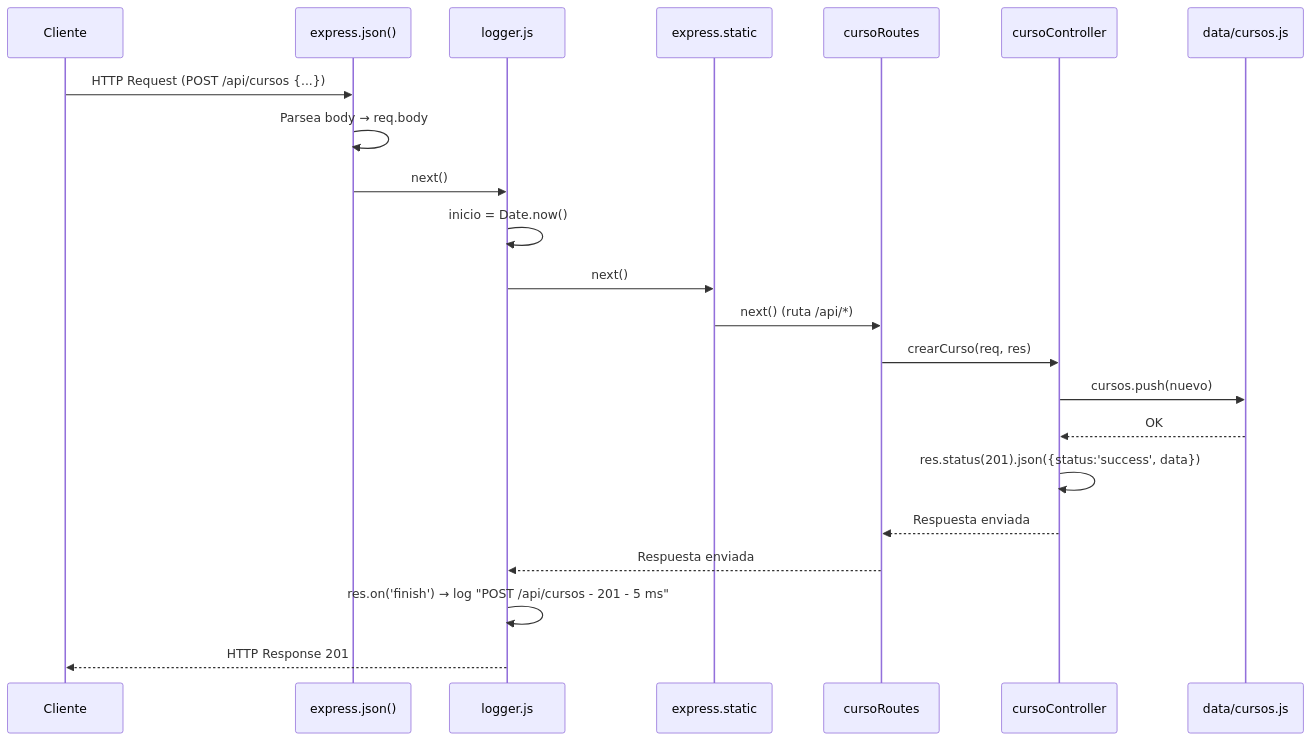
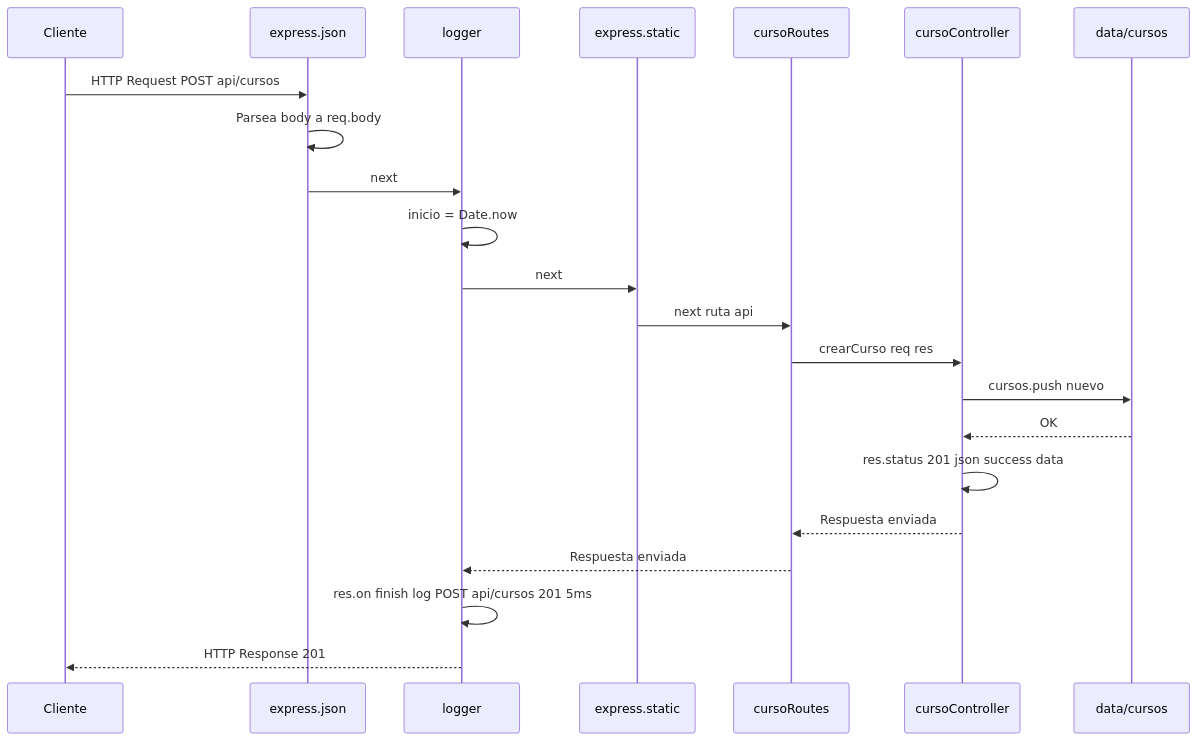
One commit to camiloSis/Programacion-Web-Systems changed the second of 11 diagrams in Lab06VersionIndividual/lab06-api-cursos/flujo.md. Above: the diagram before and after it, drawn with Mermaid. The commit also changed other lines of this file, not shown here.

````diff
--- a/Lab06VersionIndividual/lab06-api-cursos/flujo.md
+++ b/Lab06VersionIndividual/lab06-api-cursos/flujo.md
@@ -93,25 +93,25 @@
 ```mermaid
 sequenceDiagram
     participant C as Cliente
-    participant EJ as express.json()
-    participant LG as logger.js
+    participant EJ as express.json
+    participant LG as logger
     participant ST as express.static
     participant RT as cursoRoutes
     participant CT as cursoController
-    participant DT as data/cursos.js
+    participant DT as data/cursos
 
-    C->>EJ: HTTP Request (POST /api/cursos {...})
-    EJ->>EJ: Parsea body → req.body
-    EJ->>LG: next()
-    LG->>LG: inicio = Date.now()
-    LG->>ST: next()
-    ST->>RT: next() (ruta /api/*)
-    RT->>CT: crearCurso(req, res)
-    CT->>DT: cursos.push(nuevo)
+    C->>EJ: HTTP Request POST api/cursos
+    EJ->>EJ: Parsea body a req.body
+    EJ->>LG: next
+    LG->>LG: inicio = Date.now
+    LG->>ST: next
+    ST->>RT: next ruta api
+    RT->>CT: crearCurso req res
+    CT->>DT: cursos.push nuevo
     DT-->>CT: OK
-    CT->>CT: res.status(201).json({status:'success', data})
+    CT->>CT: res.status 201 json success data
     CT-->>RT: Respuesta enviada
     RT-->>LG: Respuesta enviada
-    LG->>LG: res.on('finish') → log "POST /api/cursos - 201 - 5 ms"
+    LG->>LG: res.on finish log POST api/cursos 201 5ms
     LG-->>C: HTTP Response 201
 ```
````
